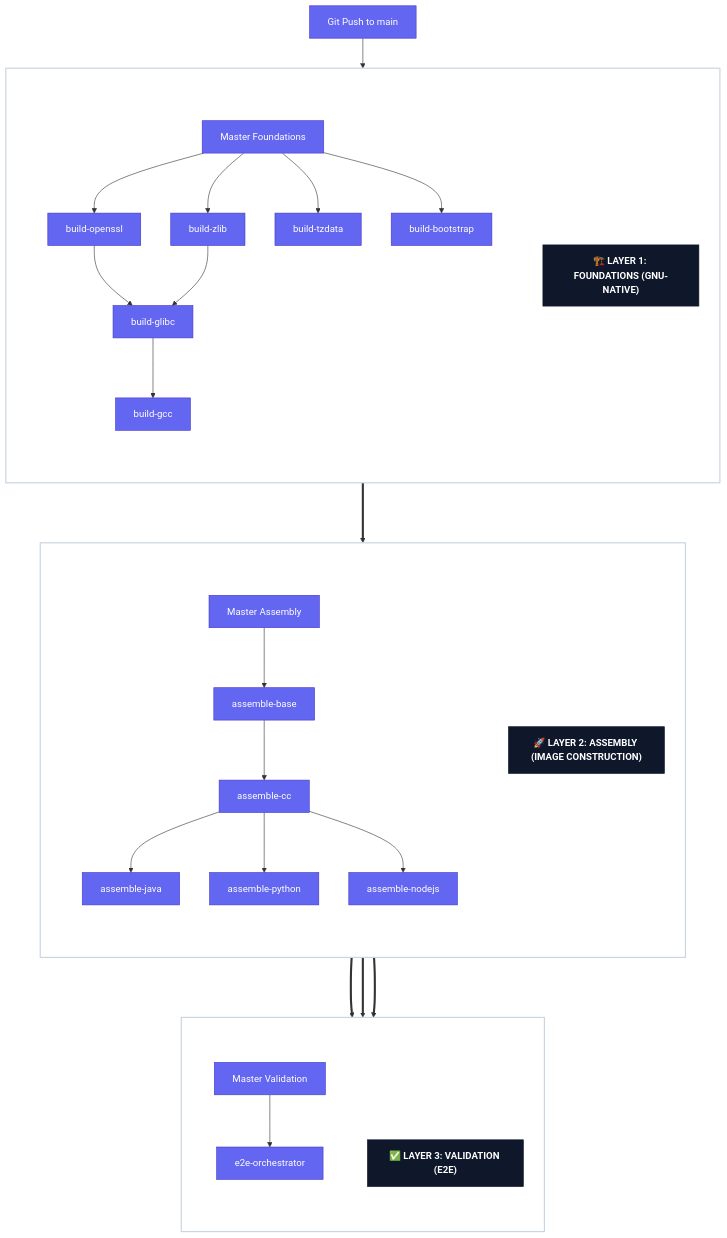
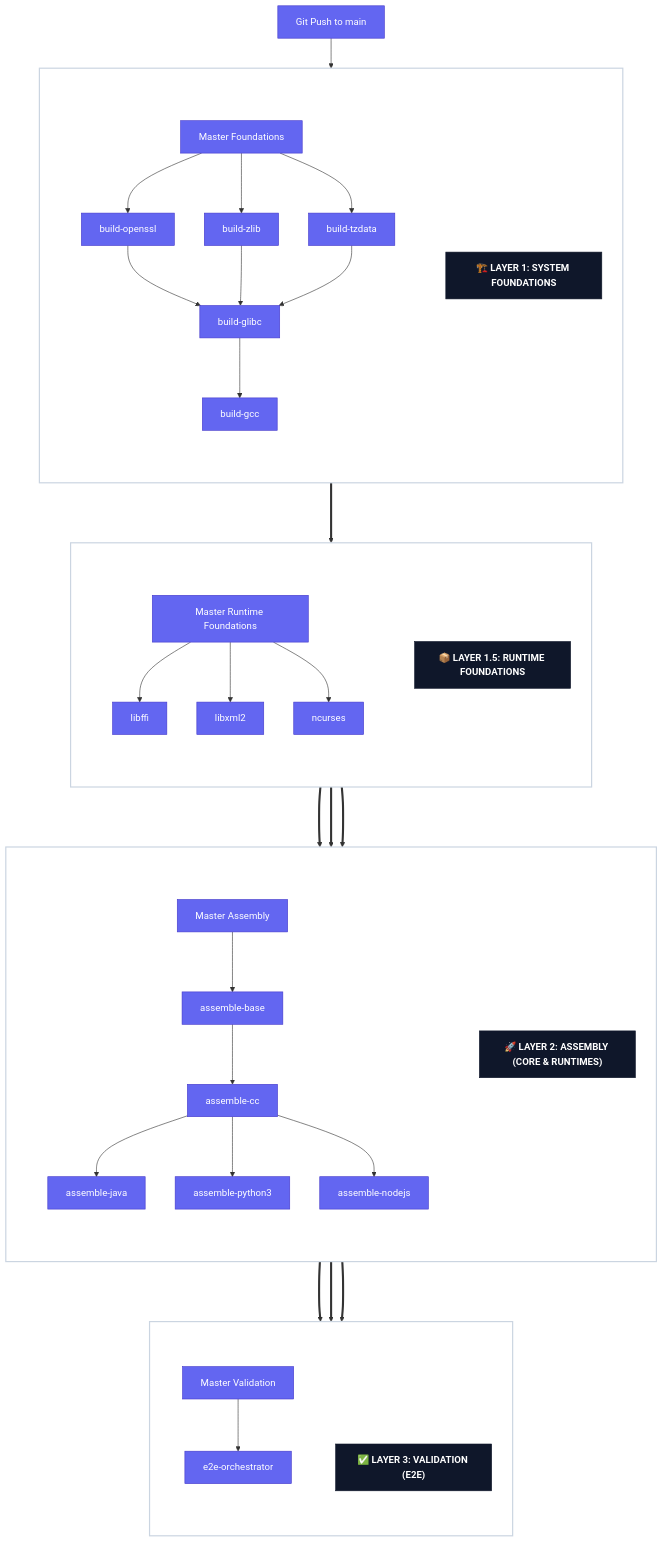
The diagram in docs/mermaid/layered-architecture.mmd (mbuccarello/distroless-the-hard-way), drawn with Mermaid before and after one commit. The commit also changed 9 other files, not shown here.

```diff
--- a/docs/mermaid/layered-architecture.mmd
+++ b/docs/mermaid/layered-architecture.mmd
@@ -1,57 +1,71 @@
 graph TB
     classDef header fill:#0f172a,stroke:#0f172a,color:#fff,font-weight:bold,font-size:16px;
     classDef action fill:#6366f1,stroke:#4338ca,color:#fff;
     classDef check fill:#10b981,stroke:#059669,color:#fff;
 
     Push["Git Push to main"]:::action --> F["Master Foundations"]:::action
     
     subgraph L1_Cont [" "]
         direction TB
-        h1["🏗️ LAYER 1: FOUNDATIONS (GNU-NATIVE)"]:::header
+        h1["🏗️ LAYER 1: SYSTEM FOUNDATIONS"]:::header
         
         subgraph Layer1 ["&nbsp;"]
             direction TB
             F --> B1["build-openssl"]
             F --> B2["build-zlib"]
             F --> B3["build-tzdata"]
-            F --> B4["build-bootstrap"]
-            B1 --> G["build-glibc"]
-            B2 --> G
+            B1 & B2 & B3 --> G["build-glibc"]
             G --> GC["build-gcc"]
         end
     end
     style L1_Cont fill:#ffffff,stroke:#cbd5e1,stroke-width:2px;
     style Layer1 fill:#ffffff,stroke:none;
     
-    GC ===> A["Master Assembly"]:::action
+    GC ===> RF["Master Runtime Foundations"]:::action
+
+    subgraph L15_Cont [" "]
+        direction TB
+        h15["📦 LAYER 1.5: RUNTIME FOUNDATIONS"]:::header
+        
+        subgraph Layer15 ["&nbsp;"]
+            direction TB
+            RF --> L15_1["libffi"]
+            RF --> L15_2["libxml2"]
+            RF --> L15_3["ncurses"]
+        end
+    end
+    style L15_Cont fill:#ffffff,stroke:#cbd5e1,stroke-width:2px;
+    style Layer15 fill:#ffffff,stroke:none;
+
+    L15_1 & L15_2 & L15_3 ===> A["Master Assembly"]:::action
     
     subgraph L2_Cont [" "]
         direction TB
-        h2["🚀 LAYER 2: ASSEMBLY (IMAGE CONSTRUCTION)"]:::header
+        h2["🚀 LAYER 2: ASSEMBLY (CORE & RUNTIMES)"]:::header
 
         subgraph Layer2 ["&nbsp;"]
             direction TB
             A --> AB["assemble-base"]
             AB --> AC["assemble-cc"]
-            AC --> L1["assemble-java"]
-            AC --> L2["assemble-python"]
-            AC --> L3["assemble-nodejs"]
+            AC --> R_JAVA["assemble-java"]
+            AC --> R_PY["assemble-python3"]
+            AC --> R_NODE["assemble-nodejs"]
         end
     end
     style L2_Cont fill:#ffffff,stroke:#cbd5e1,stroke-width:2px;
     style Layer2 fill:#ffffff,stroke:none;
     
-    L1 & L2 & L3 ===> V["Master Validation"]:::action
+    R_JAVA & R_PY & R_NODE ===> V["Master Validation"]:::action
     
     subgraph L3_Cont [" "]
         direction TB
         h3["✅ LAYER 3: VALIDATION (E2E)"]:::header
         
         subgraph Layer3 ["&nbsp;"]
             V --> E2E["e2e-orchestrator"]
         end
     end
     style L3_Cont fill:#ffffff,stroke:#cbd5e1,stroke-width:2px;
     style Layer3 fill:#ffffff,stroke:none;
 
-    class B1,B2,B3,B4,G,GC,AB,AC,L1,L2,L3,E2E action;
+    class B1,B2,B3,G,GC,L15_1,L15_2,L15_3,AB,AC,R_JAVA,R_PY,R_NODE,E2E action;
```
